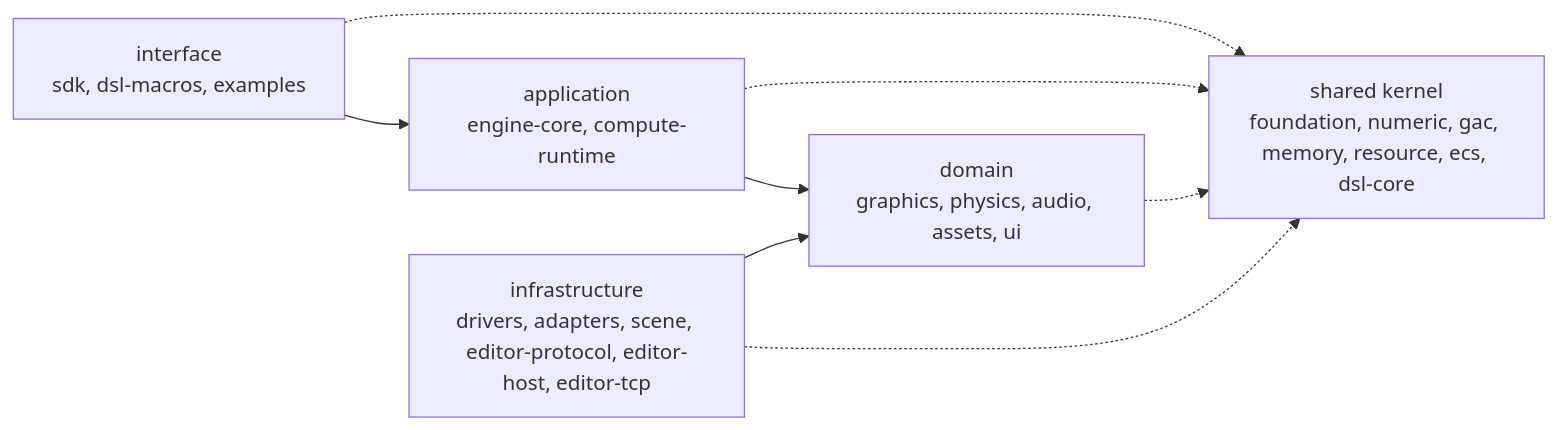
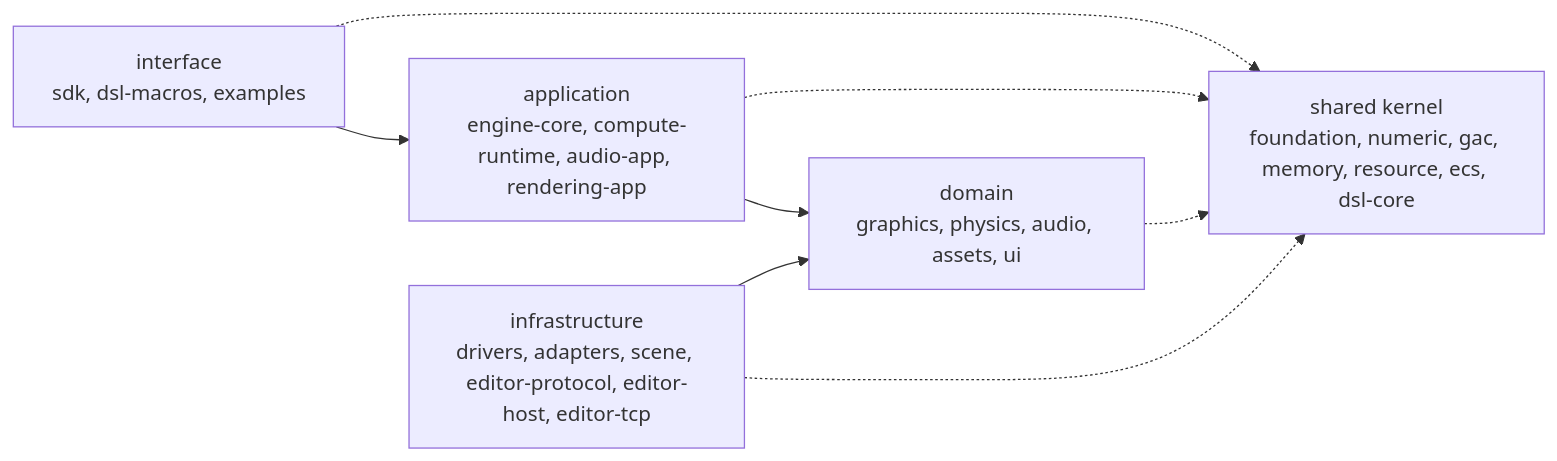
Before and after one commit to F000NKKK/Meridian-Engine: the diagram in README.md, drawn with Mermaid. The commit also changed other lines of this file and 56 other files, not shown here.

First line of the commit message:
refactor(audio,rendering): ports move to meridian-audio-app and meridian-rendering-app

````diff
--- a/README.md
+++ b/README.md
@@ -136,11 +138,11 @@
 ```mermaid
 flowchart LR
-    I[interface<br/>sdk, dsl-macros, examples] --> A[application<br/>engine-core, compute-runtime]
+    I[interface<br/>sdk, dsl-macros, examples] --> A[application<br/>engine-core, compute-runtime, audio-app, rendering-app]
     A --> D[domain<br/>graphics, physics, audio, assets, ui]
     X[infrastructure<br/>drivers, adapters, scene, editor-protocol, editor-host, editor-tcp] --> D
     K[shared kernel<br/>foundation, numeric, gac, memory, resource, ecs, dsl-core]
     I -.-> K
     A -.-> K
     D -.-> K
     X -.-> K
 ```
````
